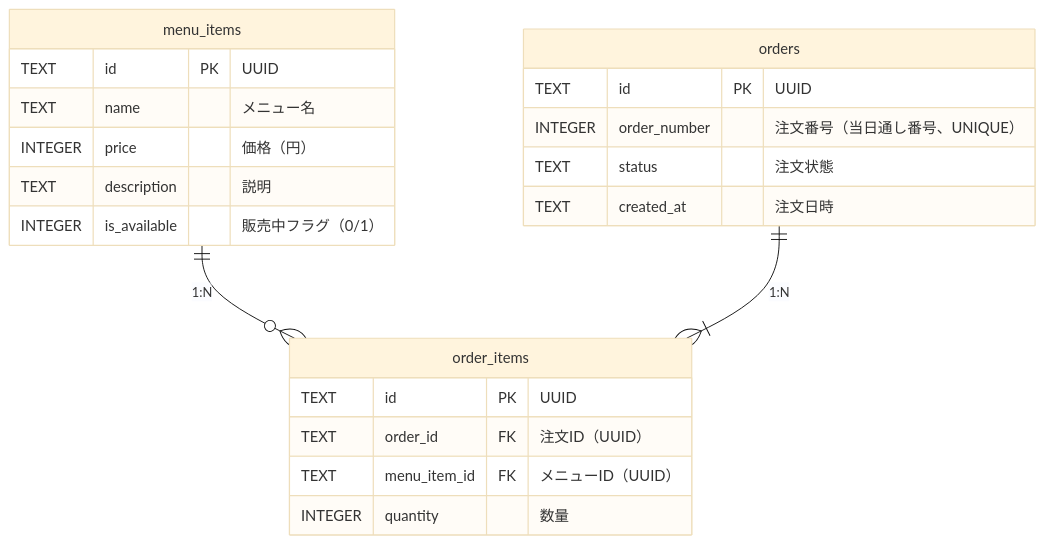
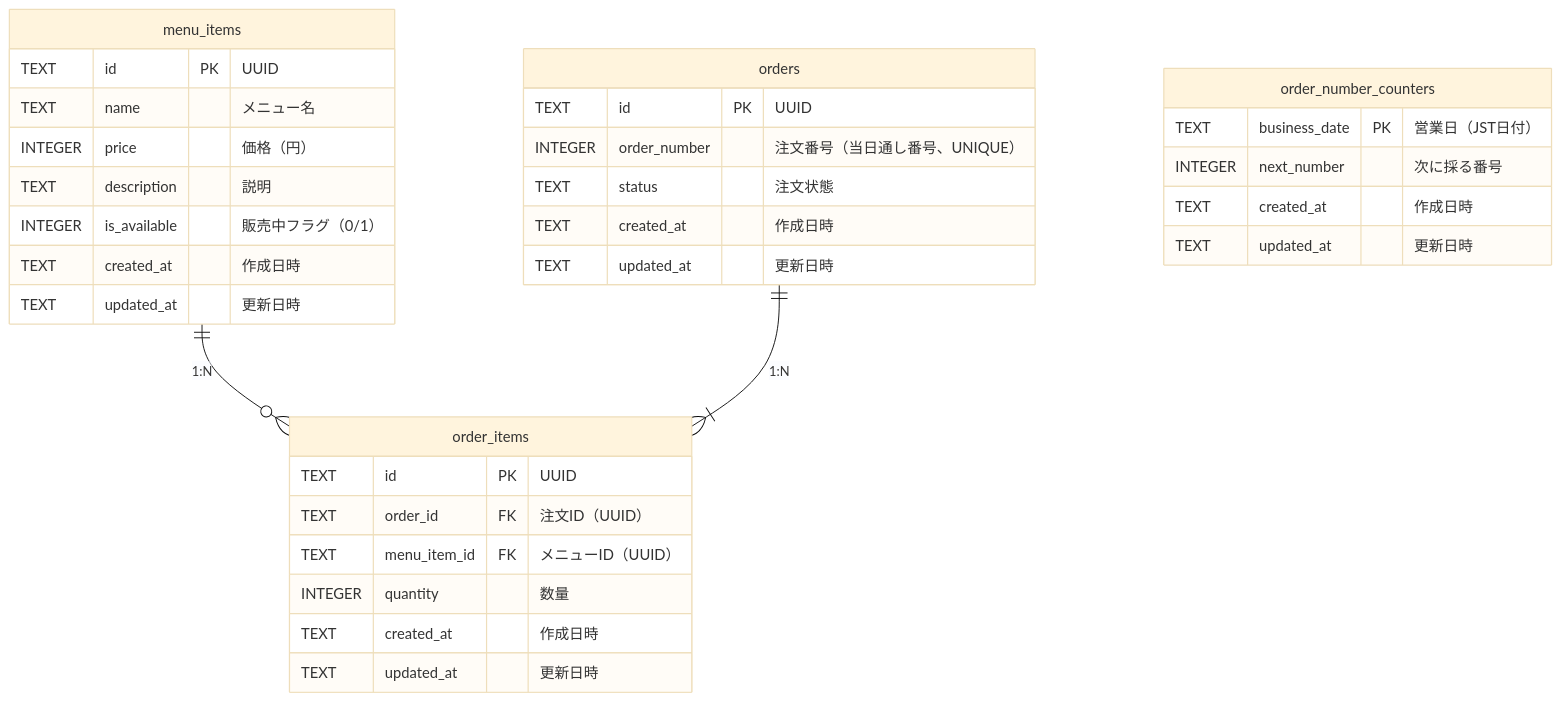
The diagram in docs/design/db.md (gdsc-osaka/coffee-dx), drawn with Mermaid (base theme) before and after one commit. The commit also changed other lines of this file, not shown here.

````diff
--- a/docs/design/db.md
+++ b/docs/design/db.md
@@ -27,28 +41,40 @@
 ```mermaid
 erDiagram
     menu_items ||--o{ order_items : "1:N"
     orders ||--|{ order_items : "1:N"
 
     menu_items {
         TEXT id PK "UUID"
         TEXT name "メニュー名"
         INTEGER price "価格（円）"
         TEXT description "説明"
         INTEGER is_available "販売中フラグ（0/1）"
+        TEXT created_at "作成日時"
+        TEXT updated_at "更新日時"
     }
 
     orders {
         TEXT id PK "UUID"
         INTEGER order_number "注文番号（当日通し番号、UNIQUE）"
         TEXT status "注文状態"
-        TEXT created_at "注文日時"
+        TEXT created_at "作成日時"
+        TEXT updated_at "更新日時"
     }
 
     order_items {
         TEXT id PK "UUID"
         TEXT order_id FK "注文ID（UUID）"
         TEXT menu_item_id FK "メニューID（UUID）"
         INTEGER quantity "数量"
+        TEXT created_at "作成日時"
+        TEXT updated_at "更新日時"
+    }
+
+    order_number_counters {
+        TEXT business_date PK "営業日（JST日付）"
+        INTEGER next_number "次に採る番号"
+        TEXT created_at "作成日時"
+        TEXT updated_at "更新日時"
     }
 
 ```
````
